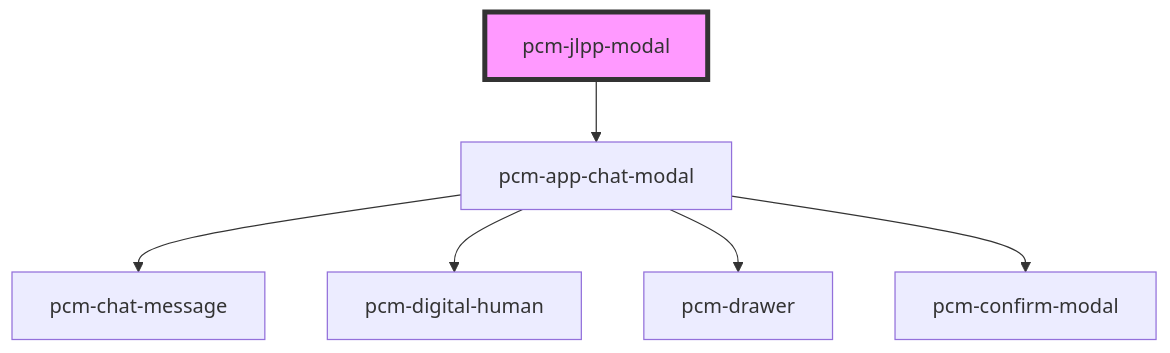
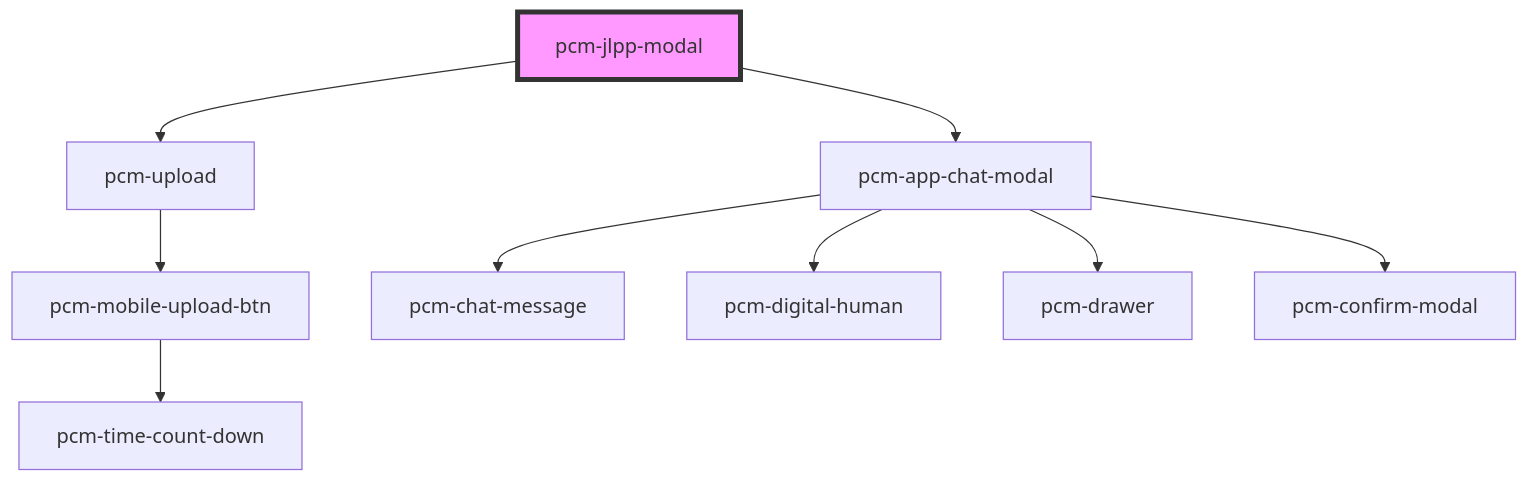
One commit to Pincaimao/pcm-agents-sdk changed the diagram in packages/pcm-agents/docs/components/pcm-jlpp-modal/readme.md. Above: the diagram before and after it, drawn with Mermaid. The commit also changed other lines of this file and 20 other files, not shown here.

````diff
--- a/packages/pcm-agents/docs/components/pcm-jlpp-modal/readme.md
+++ b/packages/pcm-agents/docs/components/pcm-jlpp-modal/readme.md
@@ -48,9 +50,12 @@
 ```mermaid
 graph TD;
+  pcm-jlpp-modal --> pcm-upload
   pcm-jlpp-modal --> pcm-app-chat-modal
+  pcm-upload --> pcm-mobile-upload-btn
+  pcm-mobile-upload-btn --> pcm-time-count-down
   pcm-app-chat-modal --> pcm-chat-message
   pcm-app-chat-modal --> pcm-digital-human
   pcm-app-chat-modal --> pcm-drawer
   pcm-app-chat-modal --> pcm-confirm-modal
   style pcm-jlpp-modal fill:#f9f,stroke:#333,stroke-width:4px
 ```
````
